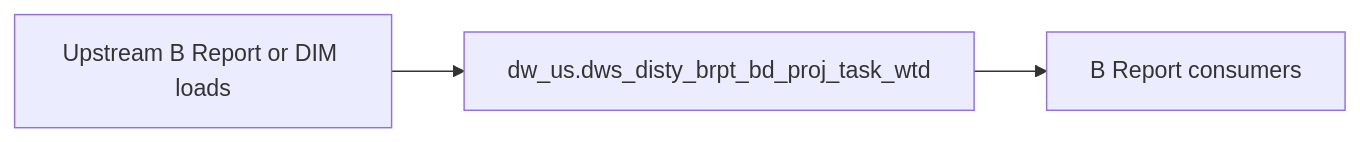
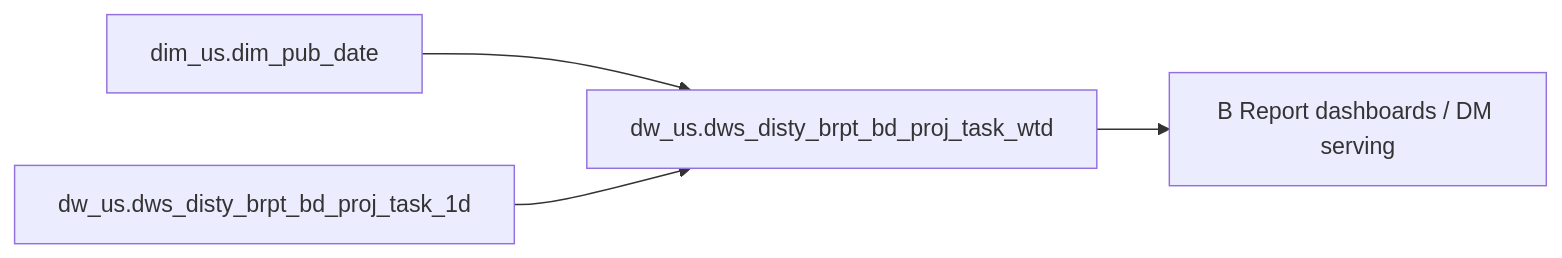
The diagram in backend/defaults/b_report/workspace/target/knowledgebase/b-report-us/dws_disty_brpt_bd_proj_task_wtd.md (chengduhaha/data_agent), drawn with Mermaid before and after one commit. The commit also changed other lines of this file and 1108 other files, not shown here.

````diff
--- a/backend/defaults/b_report/workspace/target/knowledgebase/b-report-us/dws_disty_brpt_bd_proj_task_wtd.md
+++ b/backend/defaults/b_report/workspace/target/knowledgebase/b-report-us/dws_disty_brpt_bd_proj_task_wtd.md
@@ -157,8 +267,10 @@
 ```mermaid
 flowchart LR
-  upstream[Upstream B Report or DIM loads]
-  tgt["dw_us.dws_disty_brpt_bd_proj_task_wtd"]
-  brpt[B Report consumers]
-  upstream --> tgt
-  tgt --> brpt
+  dw_us_dws_disty_brpt_bd_proj_task_wtd["dw_us.dws_disty_brpt_bd_proj_task_wtd"]
+  src0["dim_us.dim_pub_date"]
+  src0 --> dw_us_dws_disty_brpt_bd_proj_task_wtd
+  src1["dw_us.dws_disty_brpt_bd_proj_task_1d"]
+  src1 --> dw_us_dws_disty_brpt_bd_proj_task_wtd
+  consumers["B Report dashboards / DM serving"]
+  dw_us_dws_disty_brpt_bd_proj_task_wtd --> consumers
 ```
````
